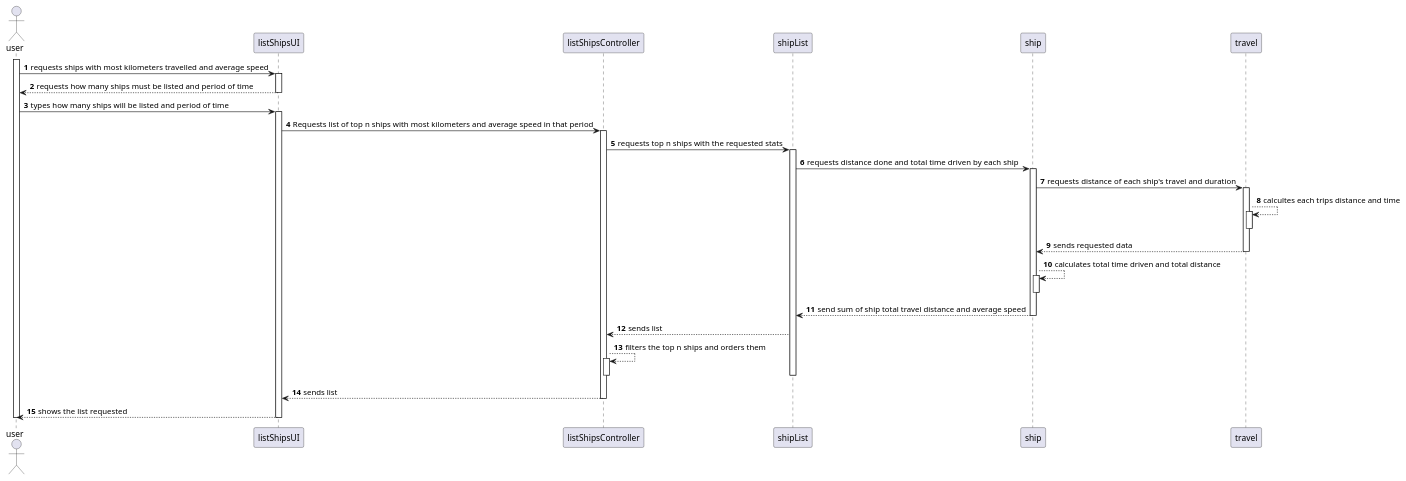
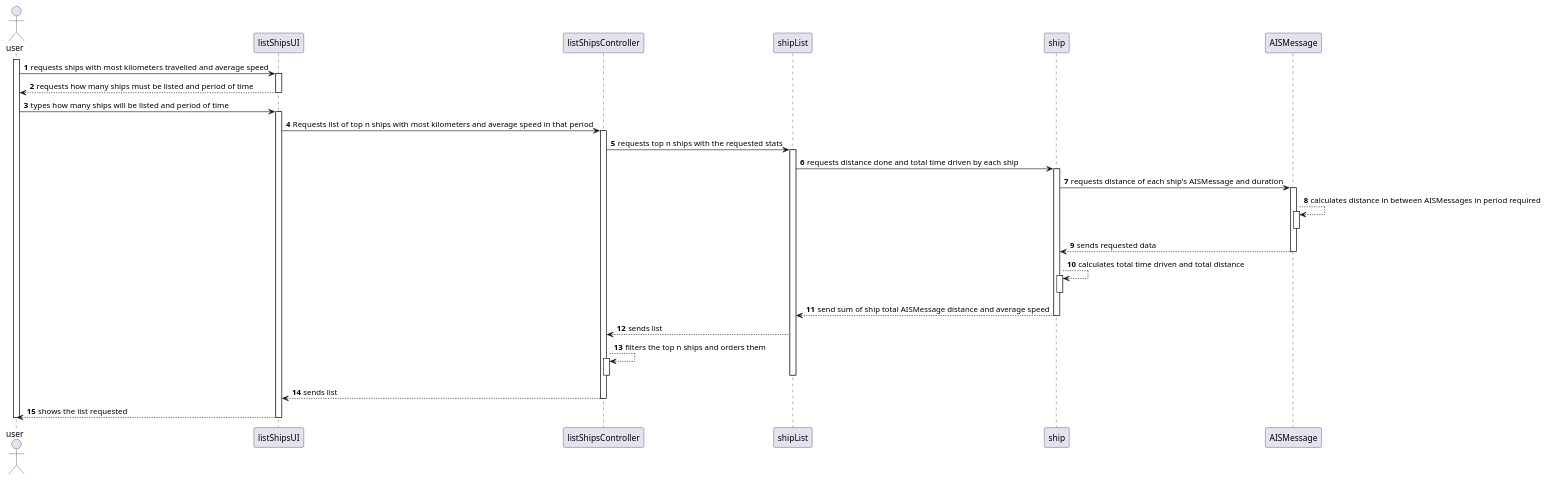
One commit to mpoboas/lapr3-2021-g102 changed the diagram in docs/Sprint1/US106/SD.puml. Above: the diagram before and after it, drawn with PlantUML. The commit also changed 7 other files, not shown here.

```diff
--- a/docs/Sprint1/US106/SD.puml
+++ b/docs/Sprint1/US106/SD.puml
@@ -1,44 +1,44 @@
 @startuml
 actor user as usr
 participant  listShipsUI as UI
 participant listShipsController as Controller
 participant shipList as sl
 participant ship as ship
-participant travel as travel
+participant AISMessage as AISMessage
 autonumber
 activate usr
 usr -> UI : requests ships with most kilometers travelled and average speed
 activate UI
 UI --> usr : requests how many ships must be listed and period of time
 deactivate UI
 usr -> UI: types how many ships will be listed and period of time
 activate UI
 UI -> Controller : Requests list of top n ships with most kilometers and average speed in that period
 activate Controller
 Controller -> sl : requests top n ships with the requested stats
 activate sl
 sl -> ship : requests distance done and total time driven by each ship
 activate ship
-ship -> travel: requests distance of each ship's travel and duration
-activate travel
-travel --> travel : calcultes each trips distance and time
-activate travel
-deactivate travel
-travel --> ship: sends requested data
-deactivate travel
+ship -> AISMessage: requests distance of each ship's AISMessage and duration
+activate AISMessage
+AISMessage --> AISMessage : calculates distance in between AISMessages in period required
+activate AISMessage
+deactivate AISMessage
+AISMessage --> ship: sends requested data
+deactivate AISMessage
 ship -->ship : calculates total time driven and total distance
 activate ship
 deactivate ship
-ship --> sl : send sum of ship total travel distance and average speed
+ship --> sl : send sum of ship total AISMessage distance and average speed
 deactivate ship
 sl --> Controller : sends list
 Controller -->Controller : filters the top n ships and orders them
 activate Controller
 deactivate Controller
 deactivate sl
 Controller --> UI :  sends list
 deactivate Controller
 UI --> usr : shows the list requested
 deactivate UI
 deactivate usr
 @enduml
```
